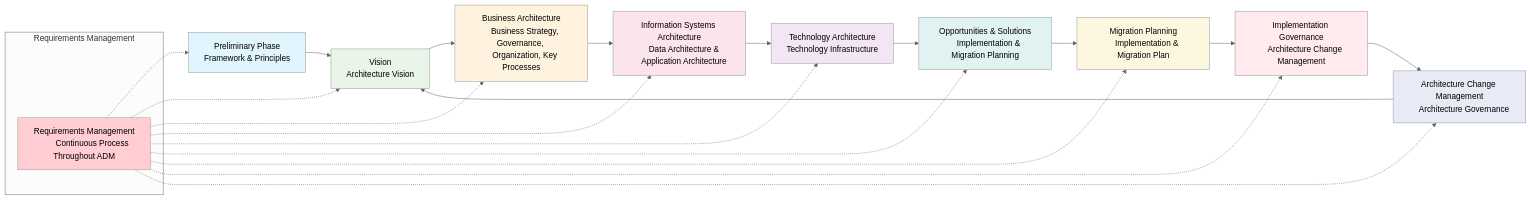
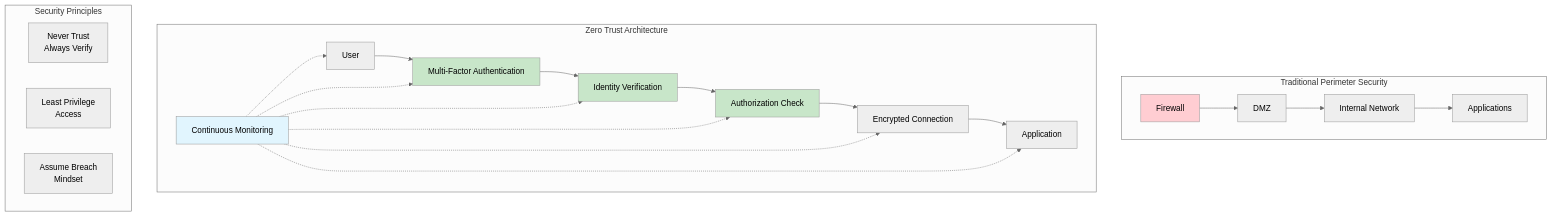
Before and after one commit to rex-makusia/Chanaka-Fernando-Notes: the fourth of 8 diagrams in README.md, drawn with Mermaid (neutral theme). The commit also changed other lines of this file, not shown here.

````diff
--- a/README.md
+++ b/README.md
@@ -824,57 +918,35 @@
 ```mermaid
-graph LR
-    A[Preliminary Phase
-    Framework & Principles] --> B[Vision
-    Architecture Vision]
-    
-    B --> C[Business Architecture
-    Business Strategy, Governance, 
-    Organization, Key Processes]
-    
-    C --> D[Information Systems Architecture
-    Data Architecture &
-    Application Architecture]
-    
-    D --> E[Technology Architecture
-    Technology Infrastructure]
-    
-    E --> F[Opportunities & Solutions
-    Implementation & Migration Planning]
-    
-    F --> G[Migration Planning
-    Implementation & Migration Plan]
-    
-    G --> H[Implementation Governance
-    Architecture Change Management]
-    
-    H --> I[Architecture Change Management
-    Architecture Governance]
-    
-    I --> B
-    
-    subgraph "Requirements Management"
-        RM[Requirements Management
-        Continuous Process Throughout ADM]
+graph TB
+    subgraph "Traditional Perimeter Security"
+        FW[Firewall] --> DMZ[DMZ]
+        DMZ --> INT[Internal Network]
+        INT --> APP[Applications]
     end
     
-    RM -.-> A
-    RM -.-> B
-    RM -.-> C
-    RM -.-> D
-    RM -.-> E
-    RM -.-> F
-    RM -.-> G
-    RM -.-> H
-    RM -.-> I
+    subgraph "Zero Trust Architecture"
+        USER[User] --> MFA[Multi-Factor Authentication]
+        MFA --> VERIFY[Identity Verification]
+        VERIFY --> AUTHZ[Authorization Check]
+        AUTHZ --> ENCRYPT[Encrypted Connection]
+        ENCRYPT --> APP2[Application]
+        
+        MONITOR[Continuous Monitoring] -.-> USER
+        MONITOR -.-> MFA
+        MONITOR -.-> VERIFY
+        MONITOR -.-> AUTHZ
+        MONITOR -.-> ENCRYPT
+        MONITOR -.-> APP2
+    end
     
-    style A fill:#e1f5fe
-    style B fill:#e8f5e8
-    style C fill:#fff3e0
-    style D fill:#fce4ec
-    style E fill:#f3e5f5
-    style F fill:#e0f2f1
-    style G fill:#fef7e0
-    style H fill:#ffebee
-    style I fill:#e8eaf6
-    style RM fill:#ffcdd2
+    subgraph "Security Principles"
+        P1[Never Trust<br/>Always Verify]
+        P2[Least Privilege<br/>Access]
+        P3[Assume Breach<br/>Mindset]
+    end
+    
+    style FW fill:#ffcdd2
+    style MFA fill:#c8e6c9
+    style VERIFY fill:#c8e6c9
+    style AUTHZ fill:#c8e6c9
+    style MONITOR fill:#e1f5fe
 ```
````
